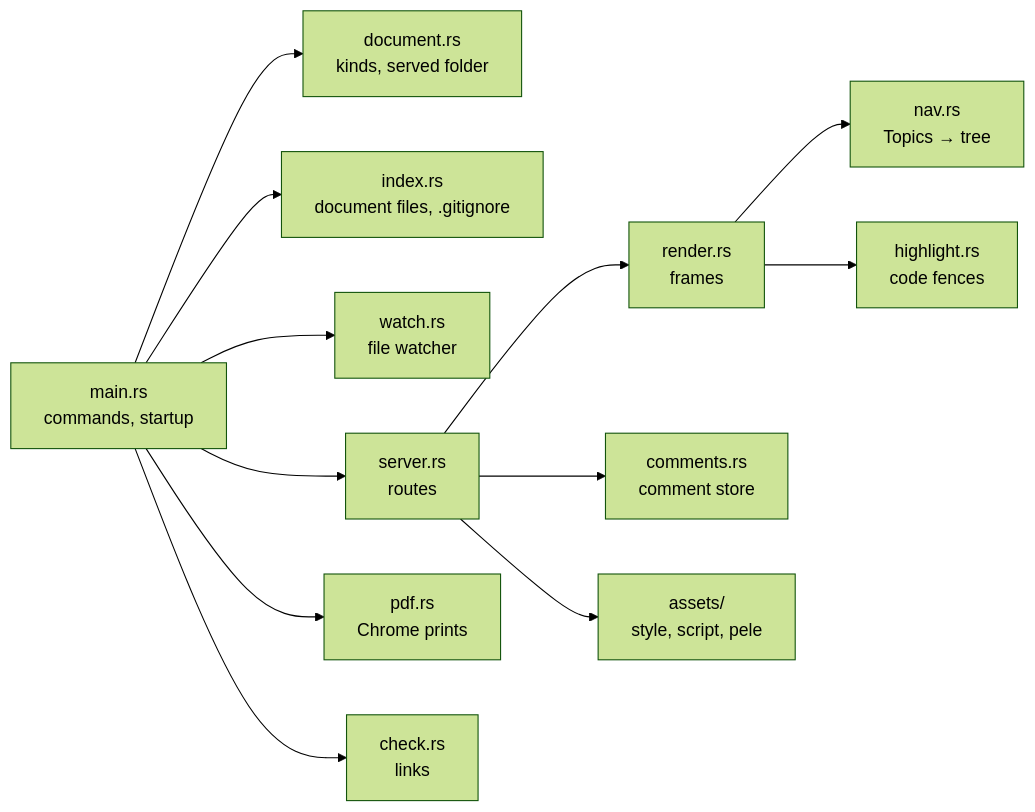
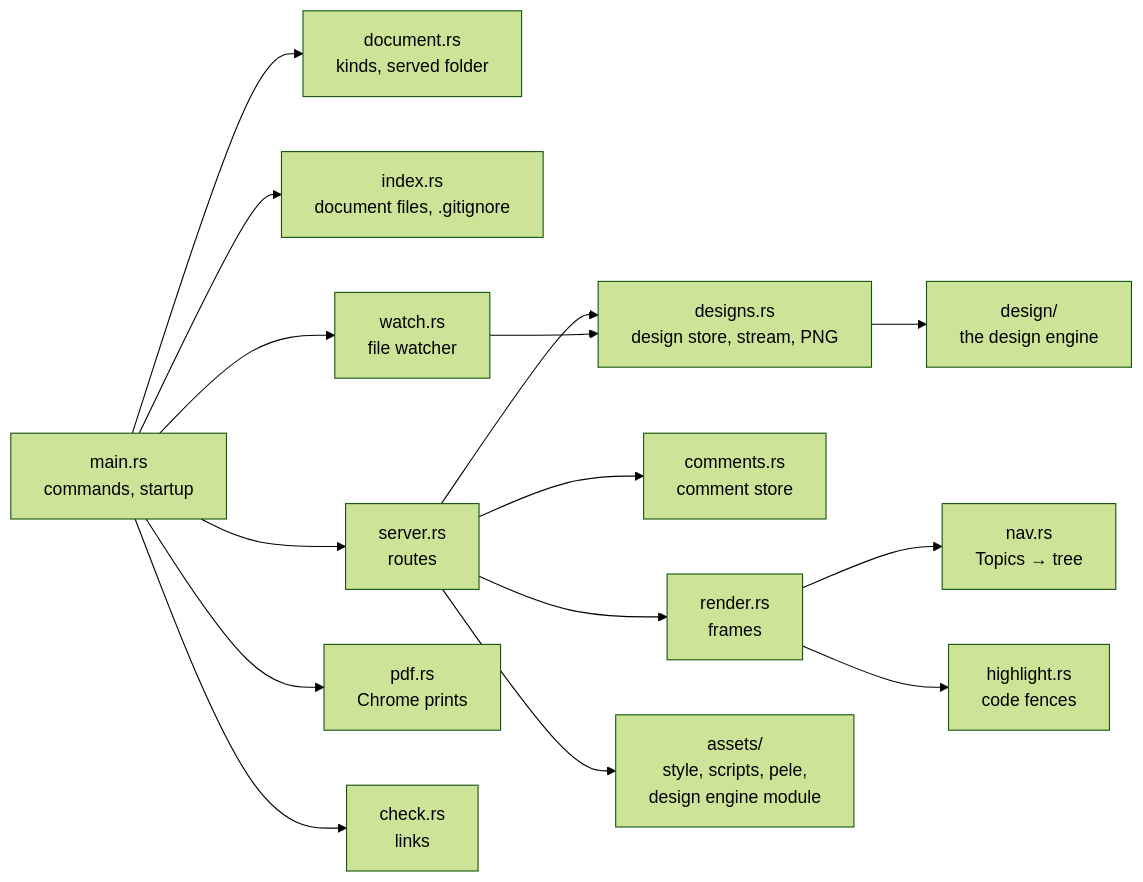
One commit to andrei512/devpage changed the first of 2 diagrams in docs/boxes/engineering/developing-devpage/README.md. Above: the diagram before and after it, drawn with Mermaid (forest theme). The commit also changed other lines of this file and 3 other files, not shown here.

````diff
--- a/docs/boxes/engineering/developing-devpage/README.md
+++ b/docs/boxes/engineering/developing-devpage/README.md
@@ -97,26 +141,31 @@
 ```mermaid
 flowchart LR
   main["main.rs<br/>commands, startup"] --> document["document.rs<br/>kinds, served folder"]
   main --> index["index.rs<br/>document files, .gitignore"]
   main --> watch["watch.rs<br/>file watcher"]
   main --> server["server.rs<br/>routes"]
   main --> pdf["pdf.rs<br/>Chrome prints"]
   main --> check["check.rs<br/>links"]
   server --> render["render.rs<br/>frames"]
   server --> comments["comments.rs<br/>comment store"]
   render --> nav["nav.rs<br/>Topics → tree"]
   render --> highlight["highlight.rs<br/>code fences"]
-  server --> assets["assets/<br/>style, script, pele"]
+  server --> designs["designs.rs<br/>design store, stream, PNG"]
+  watch --> designs
+  designs --> engine["design/<br/>the design engine"]
+  server --> assets["assets/<br/>style, scripts, pele,<br/>design engine module"]
   click main href "#how-main-wires-it-together" "How main wires it together"
   click document href "../../viewer/configuration-reference/README.md#document-files" "Document files"
   click index href "../../viewer/serving-pages/README.md#which-document-a-file-belongs-to" "Which document a file belongs to"
   click watch href "../../viewer/live-updates/README.md#the-watcher" "The watcher"
   click server href "../../viewer/serving-pages/README.md#routes" "Routes"
   click pdf href "../../viewer/pdf/README.md" "Printing to PDF"
   click check href "../../viewer/checking-links/README.md" "Checking links"
   click render href "../../viewer/serving-pages/README.md#rendering-a-markdown-file" "Rendering a Markdown file"
   click comments href "../../viewer/comments/README.md#the-comment-store" "The comment store"
   click nav href "../../viewer/navigation-tree/README.md" "Navigation tree"
   click highlight href "../../viewer/serving-pages/README.md#rendering-a-markdown-file" "Code highlighting"
+  click designs href "../../viewer/design-engine/README.md#in-the-server" "The design engine in the server"
+  click engine href "../../viewer/design-engine/README.md" "The design engine"
   click assets href "../../viewer/serving-pages/README.md#built-in-assets" "Built-in assets"
 ```
````
